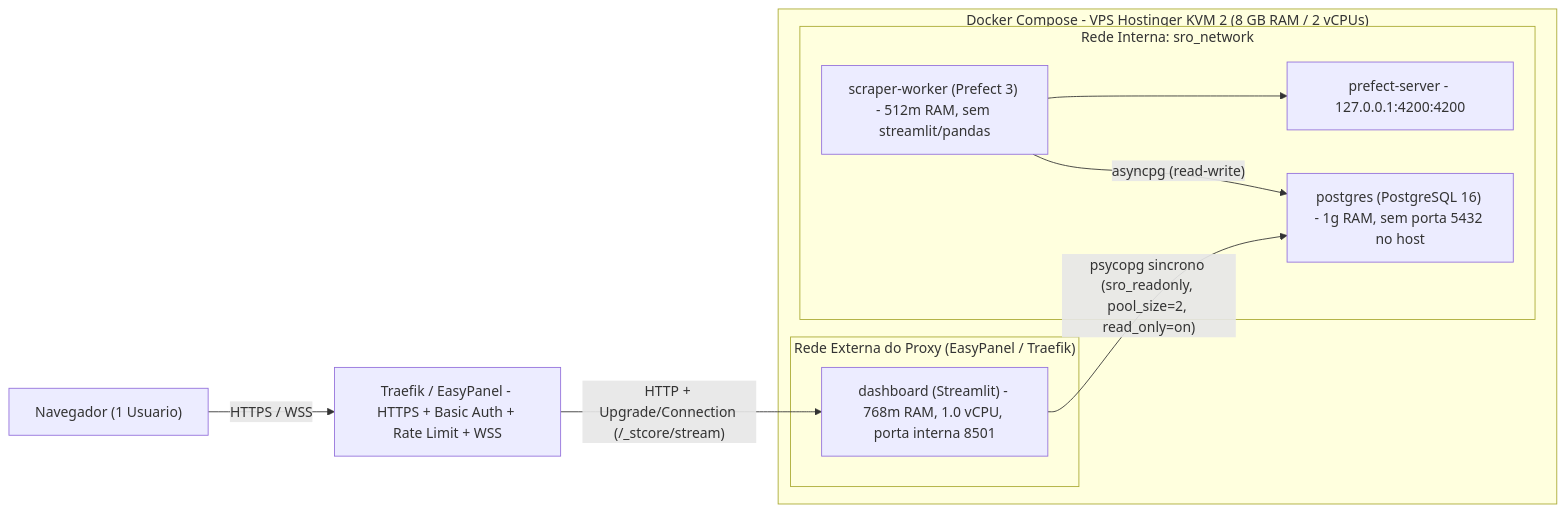
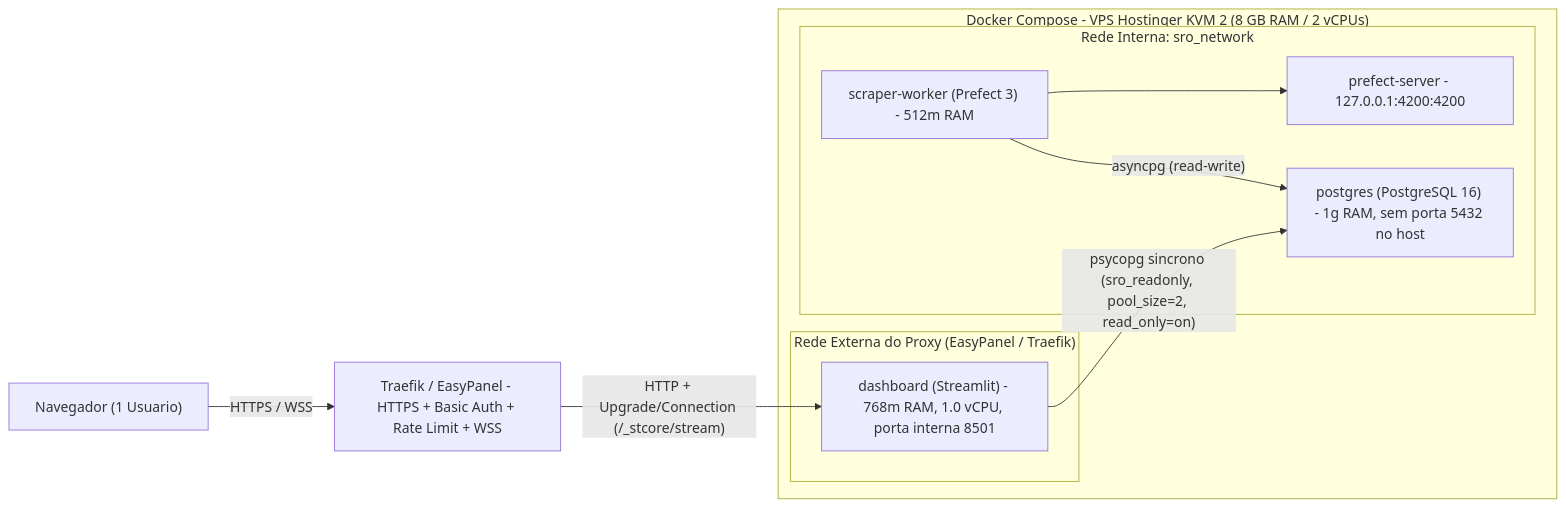
The diagram in docs/designs/003_analytical_dashboard.md (RichardMan13/sro-ranking-scraper), drawn with Mermaid before and after one commit. The commit also changed other lines of this file and 49 other files, not shown here.

````diff
--- a/docs/designs/003_analytical_dashboard.md
+++ b/docs/designs/003_analytical_dashboard.md
@@ -77,22 +77,22 @@
 ```mermaid
 flowchart LR
     USER["Navegador (1 Usuario)"]
     PROXY["Traefik / EasyPanel - HTTPS + Basic Auth + Rate Limit + WSS"]
 
     subgraph VPS["Docker Compose - VPS Hostinger KVM 2 (8 GB RAM / 2 vCPUs)"]
         subgraph PROXY_NET["Rede Externa do Proxy (EasyPanel / Traefik)"]
             DASH["dashboard (Streamlit) - 768m RAM, 1.0 vCPU, porta interna 8501"]
         end
         subgraph NET["Rede Interna: sro_network"]
-            WORKER["scraper-worker (Prefect 3) - 512m RAM, sem streamlit/pandas"]
+            WORKER["scraper-worker (Prefect 3) - 512m RAM"]
             PREFECT["prefect-server - 127.0.0.1:4200:4200"]
             PG["postgres (PostgreSQL 16) - 1g RAM, sem porta 5432 no host"]
         end
     end
 
     USER -- "HTTPS / WSS" --> PROXY
     PROXY -- "HTTP + Upgrade/Connection (/_stcore/stream)" --> DASH
     DASH -- "psycopg sincrono (sro_readonly, pool_size=2, read_only=on)" --> PG
     WORKER -- "asyncpg (read-write)" --> PG
     WORKER --> PREFECT
 ```
````
